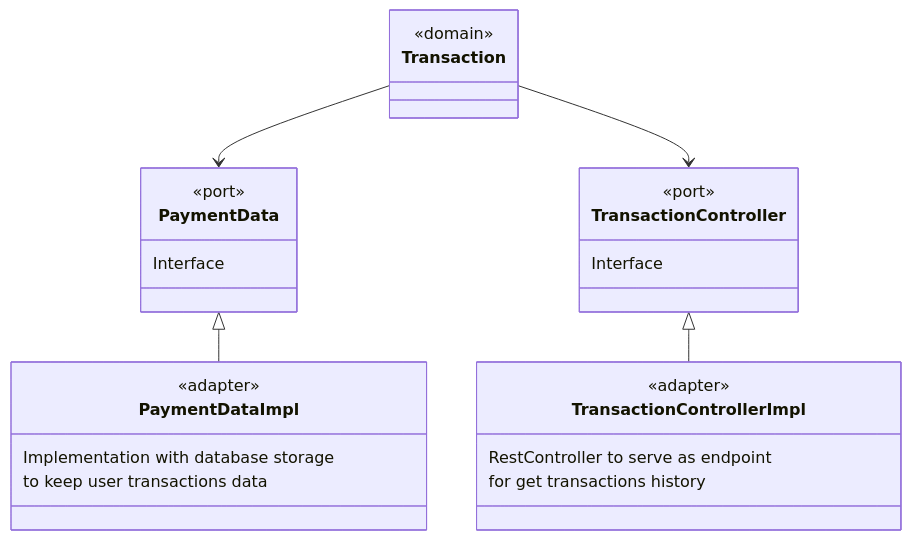
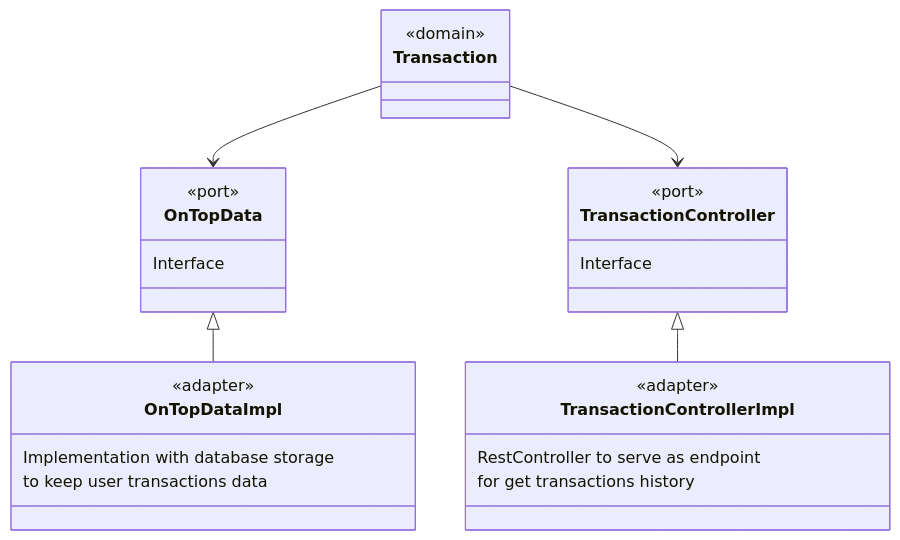
Before and after one commit to felipediazc/challenge: the fifth of 7 diagrams in DESIGN.md, drawn with Mermaid. The commit also changed other lines of this file and 8 other files, not shown here.

````diff
--- a/DESIGN.md
+++ b/DESIGN.md
@@ -129,28 +129,28 @@
 ```mermaid
 classDiagram
-Transaction --> PaymentData
+Transaction --> OnTopData
 Transaction --> TransactionController
 TransactionController <|-- TransactionControllerImpl
-PaymentData <|-- PaymentDataImpl
+OnTopData <|-- OnTopDataImpl
 class Transaction {
   <<domain>>
 }
-class PaymentData {
+class OnTopData {
   <<port>>
   Interface
 }  
 class TransactionController {
   <<port>>
   Interface
 }
 class TransactionControllerImpl {
   <<adapter>>
   RestController to serve as endpoint
   for get transactions history
 }
-class PaymentDataImpl {
+class OnTopDataImpl {
   <<adapter>>
   Implementation with database storage
   to keep user transactions data
 }
 ```
````
